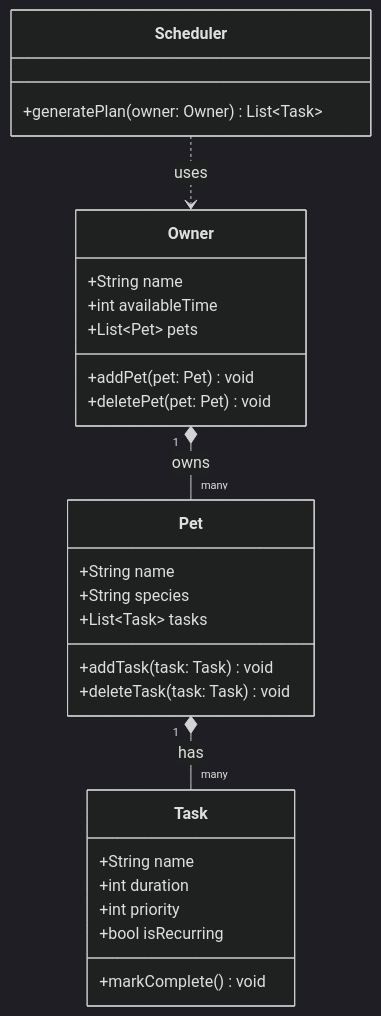
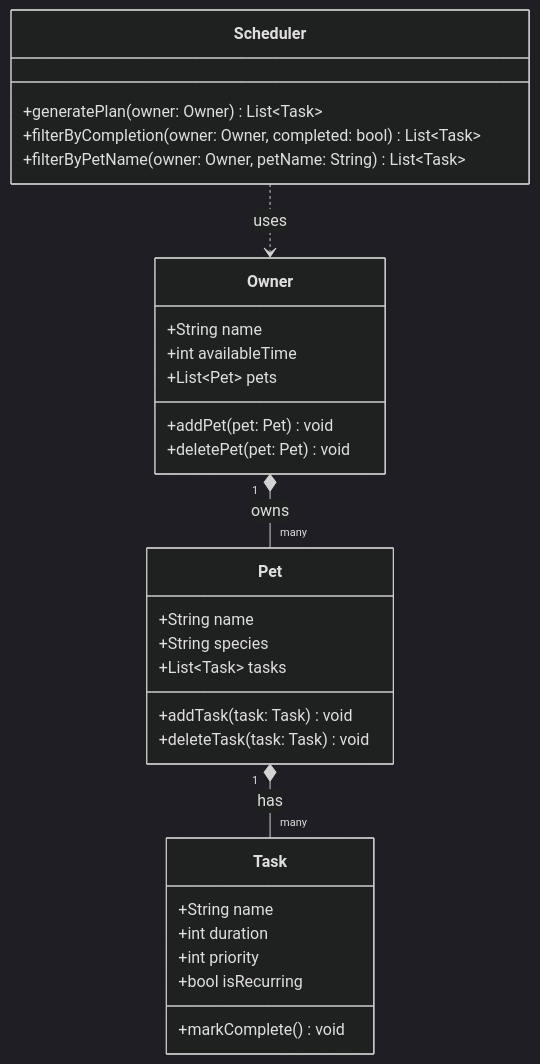
The diagram in diagrams/uml.mmd (Rubey4112/ai110-module2show-pawpal-starter), drawn with Mermaid (dark theme) before and after one commit.

Commit message:
docs: updated uml

```diff
--- a/diagrams/uml.mmd
+++ b/diagrams/uml.mmd
@@ -1,32 +1,34 @@
 classDiagram
     class Owner {
         +String name
         +int availableTime
         +List~Pet~ pets
         +addPet(pet: Pet) void
         +deletePet(pet: Pet) void
     }
 
     class Pet {
         +String name
         +String species
         +List~Task~ tasks
         +addTask(task: Task) void
         +deleteTask(task: Task) void
     }
 
     class Task {
         +String name
         +int duration
         +int priority
         +bool isRecurring
         +markComplete() void
     }
 
     class Scheduler {
         +generatePlan(owner: Owner) List~Task~
+        +filterByCompletion(owner: Owner, completed: bool) List~Task~
+        +filterByPetName(owner: Owner, petName: String) List~Task~
     }
 
     Owner "1" *-- "many" Pet : owns
     Pet "1" *-- "many" Task : has
     Scheduler ..> Owner : uses
```
